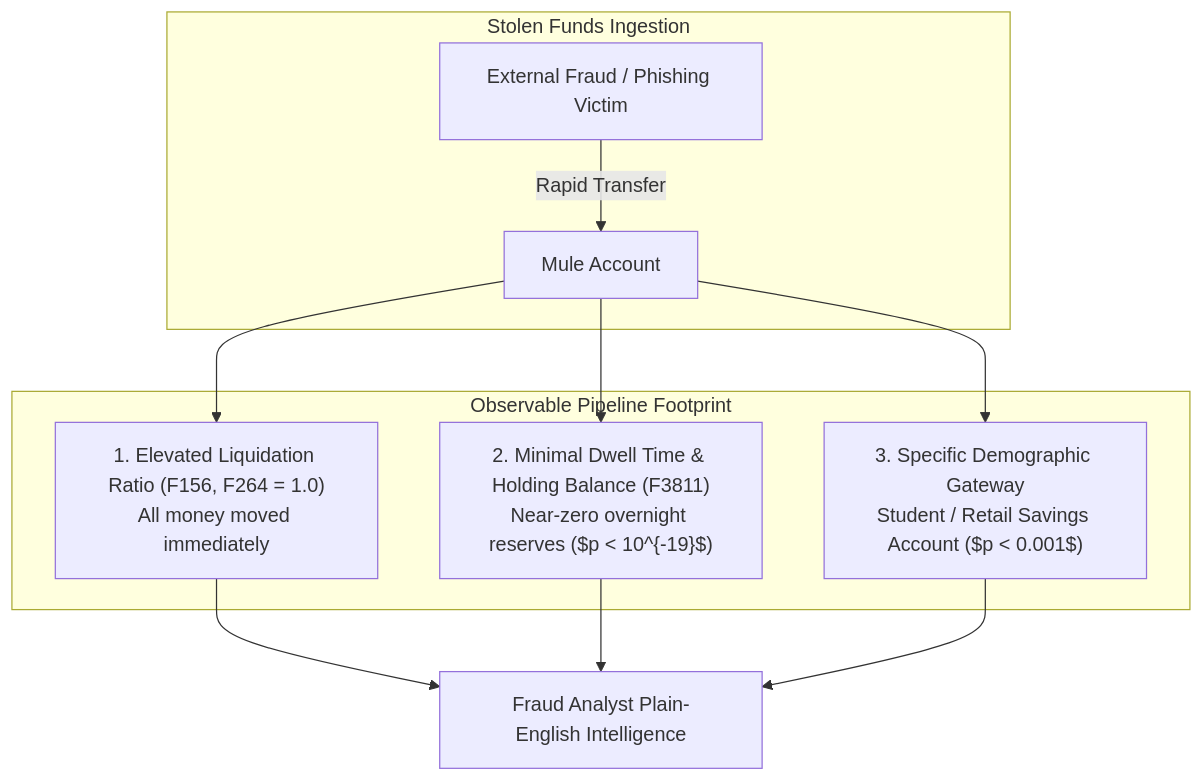
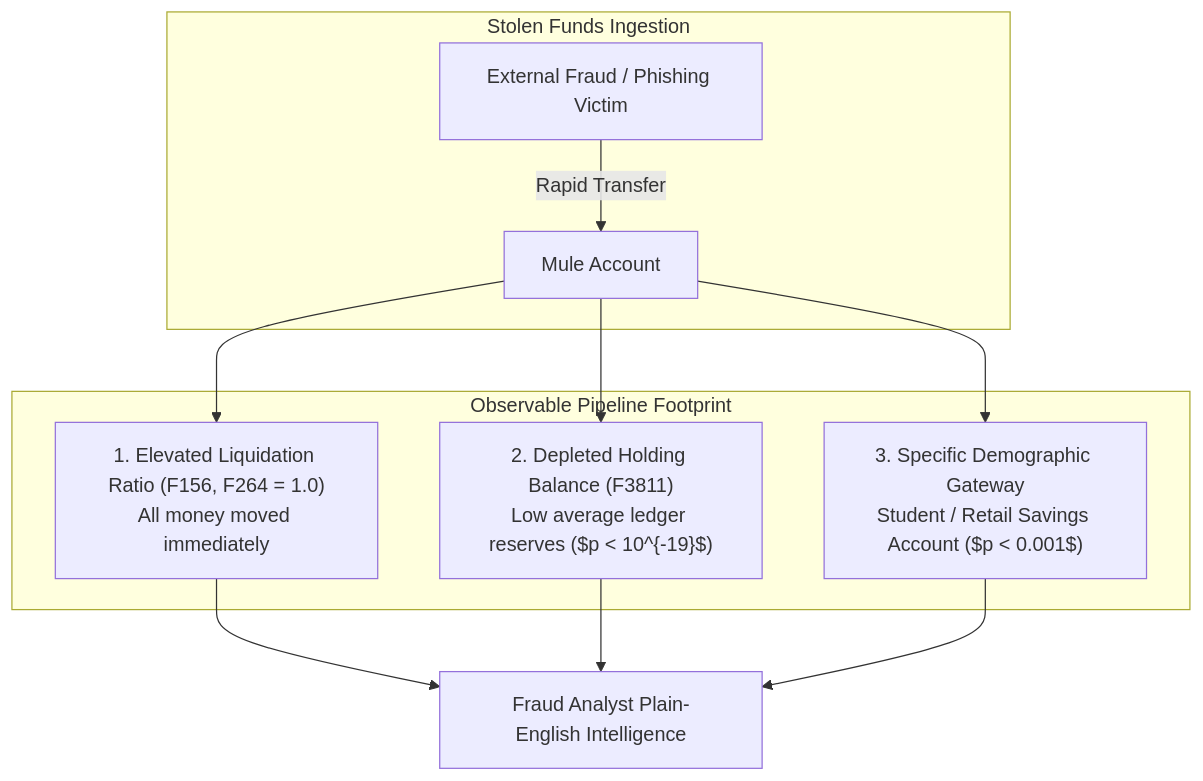
Before and after one commit to isthatrecursion/Mule-Account-Detection: the diagram in eda/05_bivariate_and_multivariate_analysis.md, drawn with Mermaid. The commit also changed 2 other files, not shown here.

Commit message:
docs: reconcile feature accounting waterfall, clarify holdout scope, and purge unverified dwell time statements

````diff
--- a/eda/05_bivariate_and_multivariate_analysis.md
+++ b/eda/05_bivariate_and_multivariate_analysis.md
@@ -68,14 +68,14 @@
 ```mermaid
 flowchart TD
     subgraph Stolen Funds Ingestion
         A[External Fraud / Phishing Victim] -->|Rapid Transfer| B[Mule Account]
     end
     subgraph Observable Pipeline Footprint
         B --> C["1. Elevated Liquidation Ratio (F156, F264 = 1.0)<br>All money moved immediately"]
-        B --> D["2. Minimal Dwell Time & Holding Balance (F3811)<br>Near-zero overnight reserves ($p < 10^{-19}$)"]
+        B --> D["2. Depleted Holding Balance (F3811)<br>Low average ledger reserves ($p < 10^{-19}$)"]
         B --> E["3. Specific Demographic Gateway<br>Student / Retail Savings Account ($p < 0.001$)"]
     end
     C --> F[Fraud Analyst Plain-English Intelligence]
     D --> F
     E --> F
 ```
````
